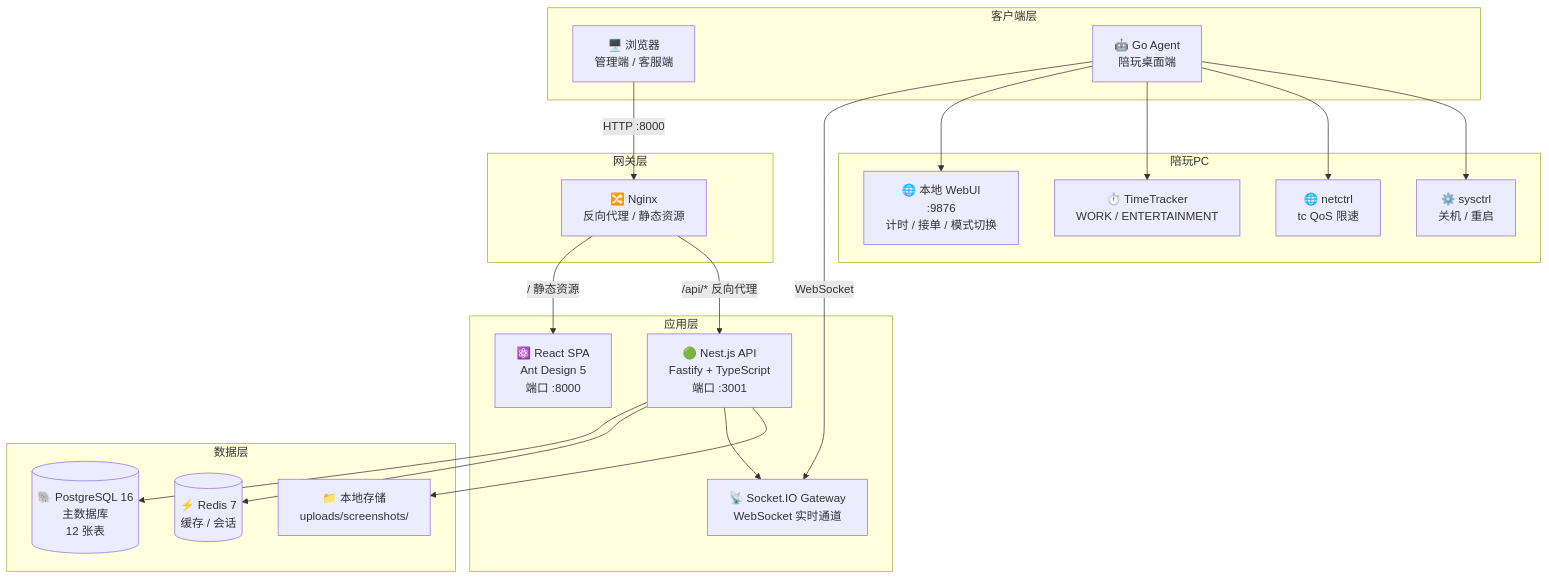
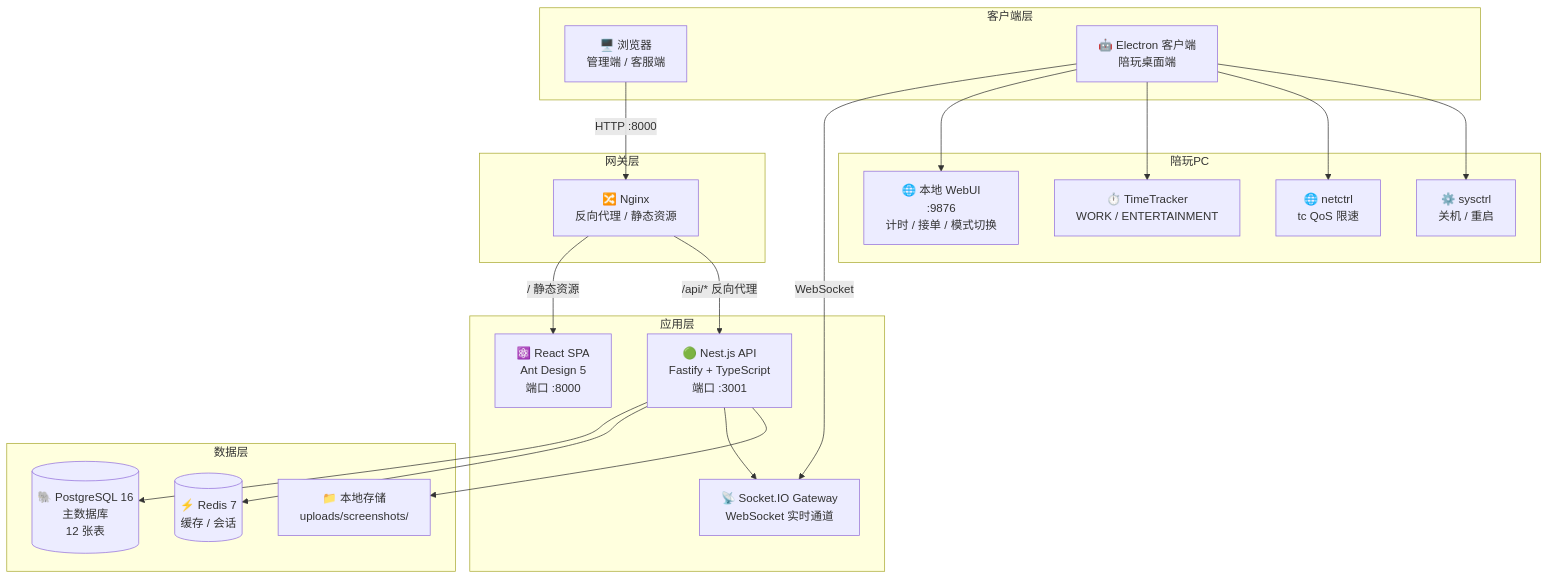
The first of 10 diagrams in docs/ARCHITECTURE.md (jonell/game-workspace), drawn with Mermaid before and after one commit. The commit also changed other lines of this file and 29 other files, not shown here.

First line of the commit message:
chore: remove Go Agent code and references, replaced by Electron companion app

````diff
--- a/docs/ARCHITECTURE.md
+++ b/docs/ARCHITECTURE.md
@@ -18,43 +18,43 @@
 ```mermaid
 graph TB
     subgraph 客户端层
         BROWSER["🖥️ 浏览器<br/>管理端 / 客服端"]
-        AGENT["🤖 Go Agent<br/>陪玩桌面端"]
+        AGENT["🤖 Electron 客户端<br/>陪玩桌面端"]
     end
 
     subgraph 网关层
         NGINX["🔀 Nginx<br/>反向代理 / 静态资源"]
     end
 
     subgraph 应用层
         WEB["⚛️ React SPA<br/>Ant Design 5<br/>端口 :8000"]
         API["🟢 Nest.js API<br/>Fastify + TypeScript<br/>端口 :3001"]
         WS["📡 Socket.IO Gateway<br/>WebSocket 实时通道"]
     end
 
     subgraph 数据层
         PG[("🐘 PostgreSQL 16<br/>主数据库<br/>12 张表")]
         REDIS[("⚡ Redis 7<br/>缓存 / 会话")]
         DISK["📁 本地存储<br/>uploads/screenshots/"]
     end
 
     subgraph 陪玩PC
         LOCAL["🌐 本地 WebUI<br/>:9876<br/>计时 / 接单 / 模式切换"]
         TIMER["⏱️ TimeTracker<br/>WORK / ENTERTAINMENT"]
         NET["🌐 netctrl<br/>tc QoS 限速"]
         SYS["⚙️ sysctrl<br/>关机 / 重启"]
     end
 
     BROWSER -->|"HTTP :8000"| NGINX
     AGENT -->|"WebSocket"| WS
     NGINX -->|"/ 静态资源"| WEB
     NGINX -->|"/api/* 反向代理"| API
     API --> PG
     API --> REDIS
     API --> WS
     API --> DISK
     AGENT --> LOCAL
     AGENT --> TIMER
     AGENT --> NET
     AGENT --> SYS
 ```
````
